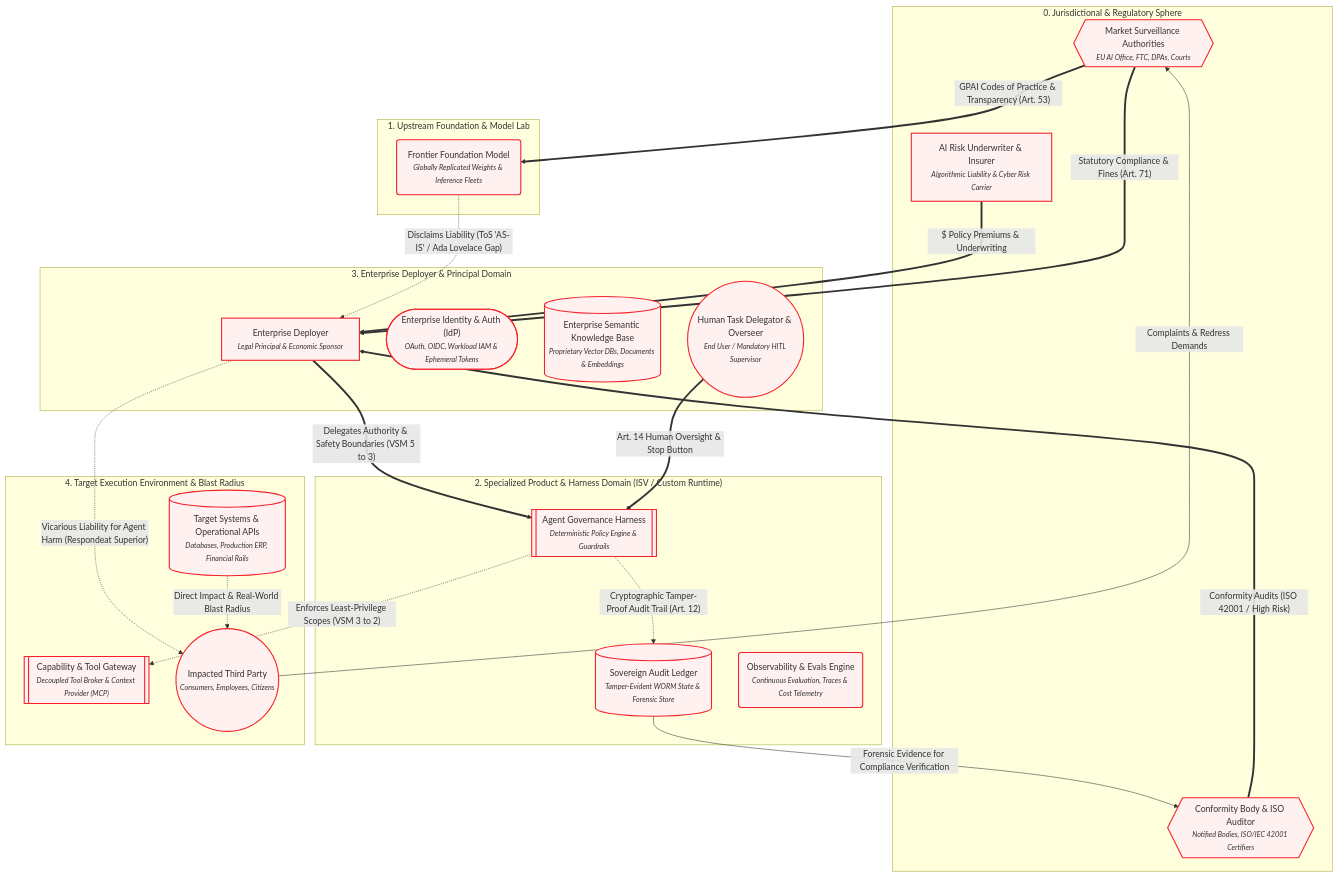
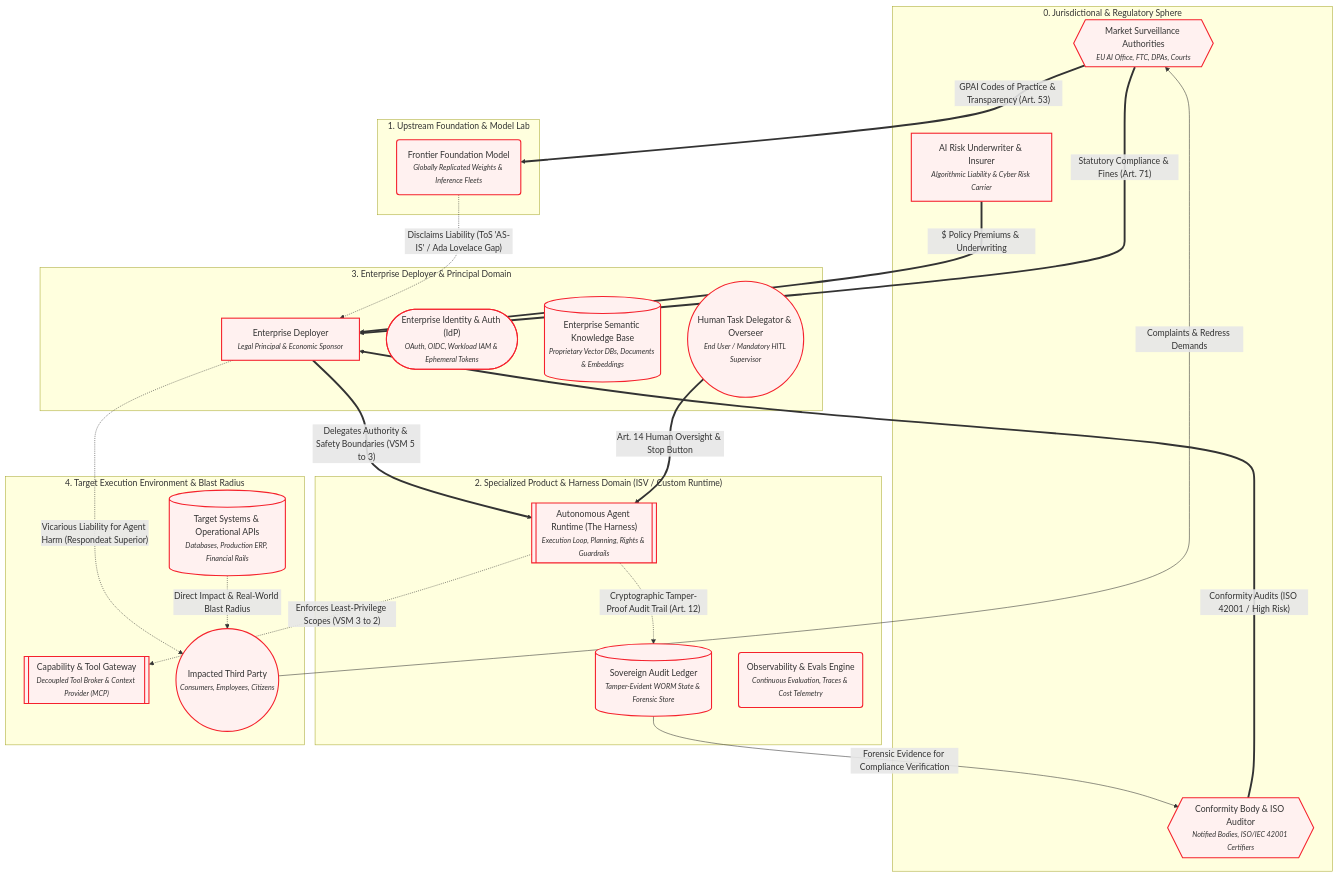
The third of 5 diagrams in docs/ecosystem/index.md (sezoo-digital/ai-ecosystem-model), drawn with Mermaid before and after one commit. The commit also changed other lines of this file and 10 other files, not shown here.

````diff
--- a/docs/ecosystem/index.md
+++ b/docs/ecosystem/index.md
@@ -123,50 +133,50 @@
 ```mermaid
 flowchart TB
     classDef gov fill:#FFF1F0,stroke:#F5222D,stroke-width:2px;
     classDef econ fill:#F6FFED,stroke:#52C41A,stroke-width:2px;
     classDef tech fill:#E6F7FF,stroke:#1890FF,stroke-width:2px;
     classDef default fill:#F8FAFC,stroke:#64748B,stroke-width:1.5px;
 
     subgraph cluster_regulatory ["0. Jurisdictional & Regulatory Sphere"]
         N_REGULATOR{{"Market Surveillance Authorities<br/><small><i>EU AI Office, FTC, DPAs, Courts</i></small>"}}:::gov
         N_AUDITOR{{"Conformity Body &amp; ISO Auditor<br/><small><i>Notified Bodies, ISO/IEC 42001 Certifiers</i></small>"}}:::gov
         N_INSURER["AI Risk Underwriter &amp; Insurer<br/><small><i>Algorithmic Liability &amp; Cyber Risk Carrier</i></small>"]:::gov
     end
 
     subgraph cluster_supply ["1. Upstream Foundation & Model Lab"]
         N_FRONTIER("Frontier Foundation Model<br/><small><i>Globally Replicated Weights &amp; Inference Fleets</i></small>"):::gov
     end
 
     subgraph cluster_product ["2. Specialized Product & Harness Domain (ISV / Custom Runtime)"]
-        N_HARNESS[["Agent Governance Harness<br/><small><i>Deterministic Policy Engine &amp; Guardrails</i></small>"]]:::gov
+        N_HARNESS[["Autonomous Agent Runtime (The Harness)<br/><small><i>Execution Loop, Planning, Rights &amp; Guardrails</i></small>"]]:::gov
         N_AUDIT_STORE[("Sovereign Audit Ledger<br/><small><i>Tamper-Evident WORM State &amp; Forensic Store</i></small>")]:::gov
         N_OBSERVE("Observability &amp; Evals Engine<br/><small><i>Continuous Evaluation, Traces &amp; Cost Telemetry</i></small>"):::gov
     end
 
     subgraph cluster_client ["3. Enterprise Deployer & Principal Domain"]
         N_ENTERPRISE["Enterprise Deployer<br/><small><i>Legal Principal &amp; Economic Sponsor</i></small>"]:::gov
         N_IDP(["Enterprise Identity &amp; Auth (IdP)<br/><small><i>OAuth, OIDC, Workload IAM &amp; Ephemeral Tokens</i></small>"]):::gov
         N_KNOWLEDGE_STORE[("Enterprise Semantic Knowledge Base<br/><small><i>Proprietary Vector DBs, Documents &amp; Embeddings</i></small>")]:::gov
         N_HUMAN_USER(("Human Task Delegator &amp; Overseer<br/><small><i>End User / Mandatory HITL Supervisor</i></small>")):::gov
     end
 
     subgraph cluster_environment ["4. Target Execution Environment & Blast Radius"]
         N_TOOL_GATEWAY[["Capability &amp; Tool Gateway<br/><small><i>Decoupled Tool Broker &amp; Context Provider (MCP)</i></small>"]]:::gov
         N_TARGET_SYS[("Target Systems &amp; Operational APIs<br/><small><i>Databases, Production ERP, Financial Rails</i></small>")]:::gov
         N_AFFECTED_PARTY(("Impacted Third Party<br/><small><i>Consumers, Employees, Citizens</i></small>")):::gov
     end
 
     N_INSURER == "$ Policy Premiums & Underwriting" ==> N_ENTERPRISE
     N_REGULATOR == "Statutory Compliance & Fines (Art. 71)" ==> N_ENTERPRISE
     N_REGULATOR == "GPAI Codes of Practice & Transparency (Art. 53)" ==> N_FRONTIER
     N_AUDITOR == "Conformity Audits (ISO 42001 / High Risk)" ==> N_ENTERPRISE
     N_FRONTIER -. "Disclaims Liability (ToS 'AS-IS' / Ada Lovelace Gap)" .-> N_ENTERPRISE
     N_ENTERPRISE -. "Vicarious Liability for Agent Harm (Respondeat Superior)" .-> N_AFFECTED_PARTY
     N_AFFECTED_PARTY -->|"Complaints & Redress Demands"| N_REGULATOR
     N_ENTERPRISE == "Delegates Authority & Safety Boundaries (VSM 5 to 3)" ==> N_HARNESS
     N_HUMAN_USER == "Art. 14 Human Oversight & Stop Button" ==> N_HARNESS
     N_HARNESS -. "Cryptographic Tamper-Proof Audit Trail (Art. 12)" .-> N_AUDIT_STORE
     N_AUDIT_STORE -->|"Forensic Evidence for Compliance Verification"| N_AUDITOR
     N_HARNESS -. "Enforces Least-Privilege Scopes (VSM 3 to 2)" .-> N_TOOL_GATEWAY
     N_TARGET_SYS -. "Direct Impact & Real-World Blast Radius" .-> N_AFFECTED_PARTY
 ```
````
